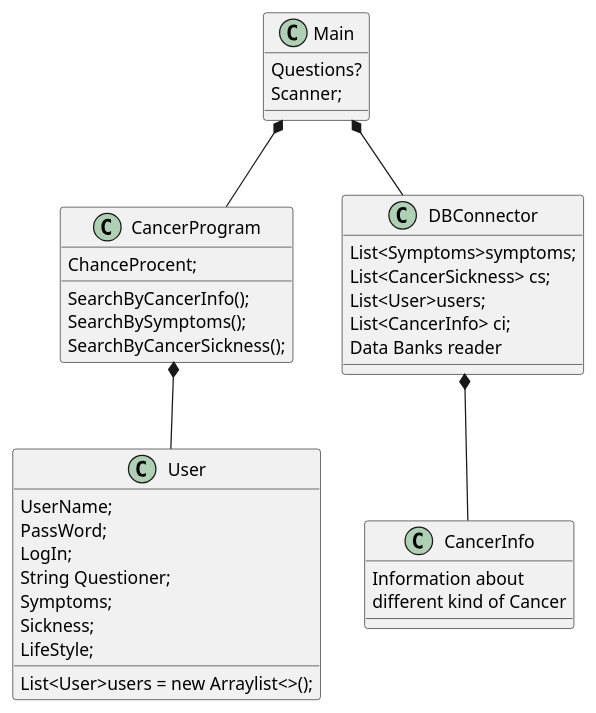
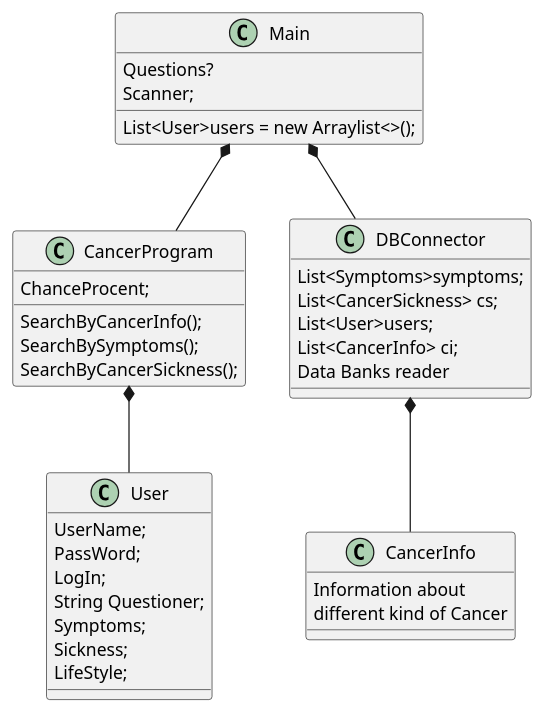
Before and after one commit to Fjumre/ICE-Gruppe-F: the diagram in src/ICE Gruppe F.puml, drawn with PlantUML. The commit also changed other lines of this file, not shown here.

```diff
--- a/src/ICE Gruppe F.puml
+++ b/src/ICE Gruppe F.puml
@@ -1,48 +1,48 @@
 @startuml
 'https://plantuml.com/sequence-diagram
 
 
 
 Class Main{
 Questions?
 Scanner;
+List<User>users = new Arraylist<>();
 }
 
 Class CancerProgram{
 ChanceProcent;
 SearchByCancerInfo();
 SearchBySymptoms();
 SearchByCancerSickness();
 }
 
 Class User{
 UserName;
 PassWord;
 LogIn;
 String Questioner;
 Symptoms;
 Sickness;
 LifeStyle;
-List<User>users = new Arraylist<>();
 }
 
 Class CancerInfo{
 
 Information about
 different kind of Cancer
 }
 
 Class DBConnector{
 List<Symptoms>symptoms;
 List<CancerSickness> cs;
 List<User>users;
 List<CancerInfo> ci;
 Data Banks reader
 }
 
 Main *-- DBConnector
 Main *-- CancerProgram
 CancerProgram *-- User
 DBConnector *-- CancerInfo
 
 @enduml
```
